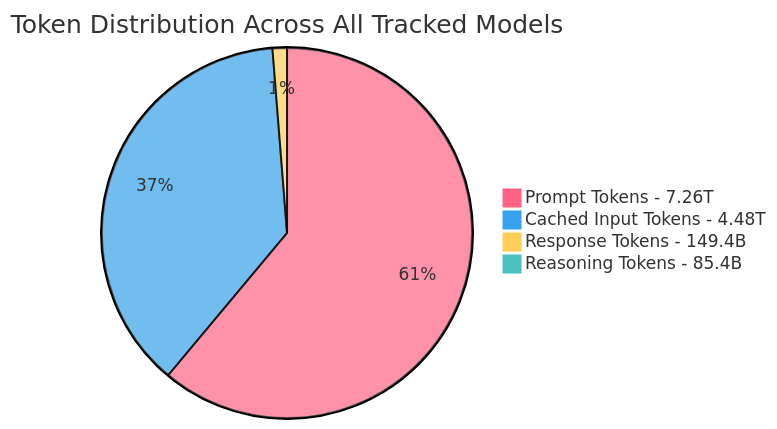
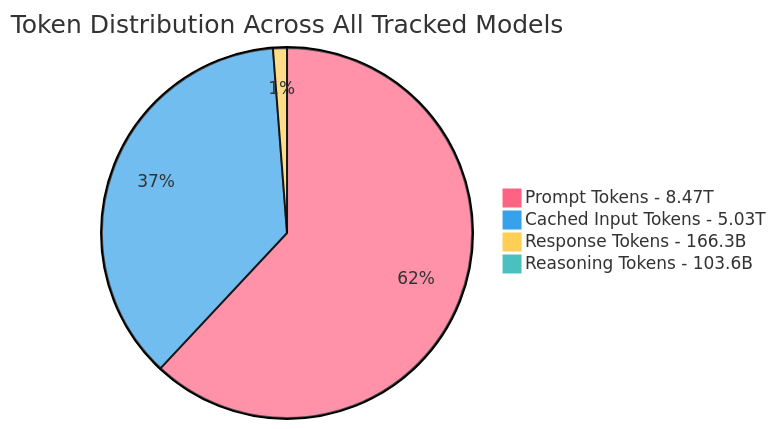
The fourth of 4 diagrams in README.md (johnbean393/openrouter-inference-stats), drawn with Mermaid before and after one commit. The commit also changed other lines of this file and 1 other file, not shown here.

````diff
--- a/README.md
+++ b/README.md
@@ -55,9 +55,9 @@
 ```mermaid
 %%{init: {'theme': 'base', 'themeVariables': {'pie1': '#FF6384', 'pie2': '#36A2EB', 'pie3': '#FFCE56', 'pie4': '#4BC0C0', 'pie5': '#9966FF', 'pie6': '#FF9F40', 'pie7': '#2ECC71', 'pie8': '#FF66B2', 'pie9': '#00CCFF', 'pie10': '#E74C3C', 'pie11': '#F39C12', 'pie12': '#1ABC9C'}}}%%
 pie
     title Token Distribution Across All Tracked Models
-    "Prompt Tokens - 7.26T" : 7259547764772
-    "Cached Input Tokens - 4.48T" : 4476085532789
-    "Response Tokens - 149.4B" : 149443376474
-    "Reasoning Tokens - 85.4B" : 85448155768
+    "Prompt Tokens - 8.47T" : 8472214189635
+    "Cached Input Tokens - 5.03T" : 5033002752958
+    "Response Tokens - 166.3B" : 166269912014
+    "Reasoning Tokens - 103.6B" : 103589768344
 ```
````
